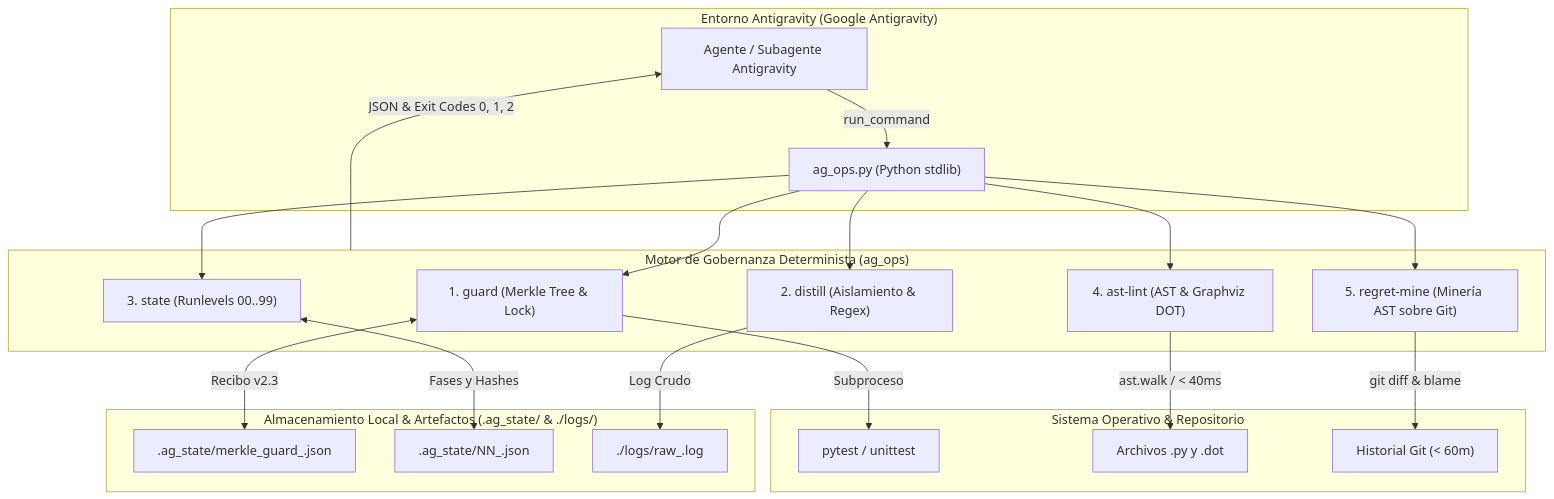
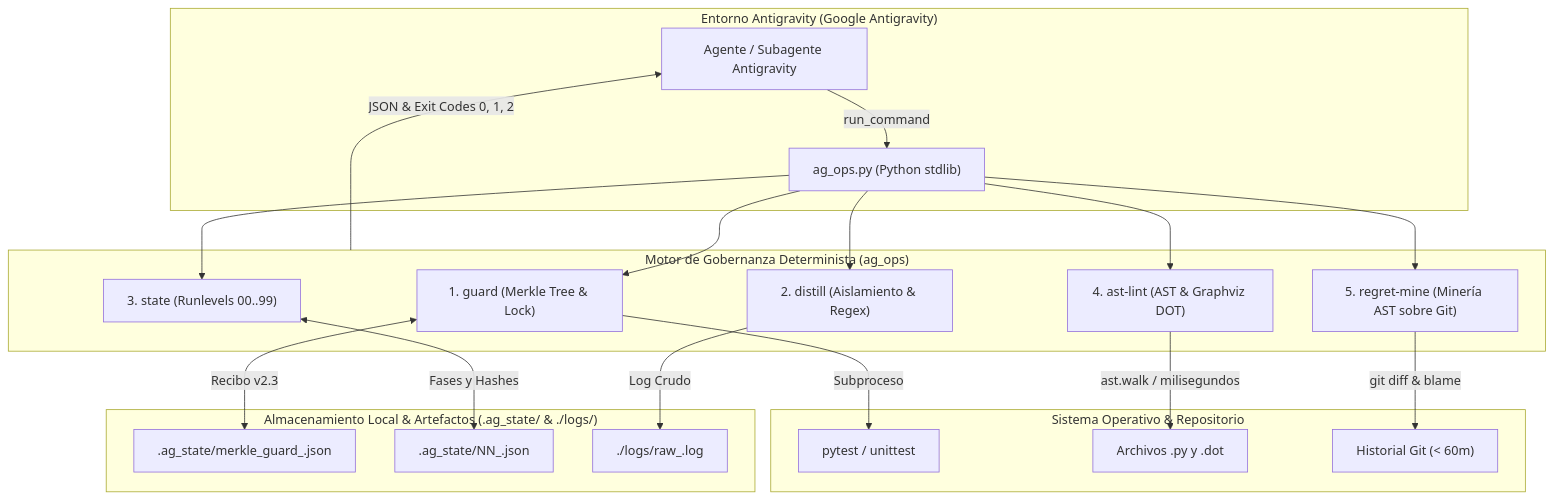
Before and after one commit to FranciscoGrandon/ag-ops: the diagram in README.md, drawn with Mermaid. The commit also changed other lines of this file and 1 other file, not shown here.

First line of the commit message:
docs: align threat model and README with benchmark escape vectors and v2.4 roadmap (#5)

````diff
--- a/README.md
+++ b/README.md
@@ -21,28 +21,28 @@
 ```mermaid
 flowchart TD
     subgraph AGY["Entorno Antigravity (Google Antigravity)"]
         Agent["Agente / Subagente Antigravity"] -->|run_command| CLI["ag_ops.py (Python stdlib)"]
     end
 
     subgraph Core["Motor de Gobernanza Determinista (ag_ops)"]
         CLI --> Guard["1. guard (Merkle Tree & Lock)"]
         CLI --> Distill["2. distill (Aislamiento & Regex)"]
         CLI --> State["3. state (Runlevels 00..99)"]
         CLI --> Lint["4. ast-lint (AST & Graphviz DOT)"]
         CLI --> Mine["5. regret-mine (Minería AST sobre Git)"]
     end
 
     subgraph Storage["Almacenamiento Local & Artefactos (.ag_state/ & ./logs/)"]
         Guard <-->|Recibo v2.3| Receipts[".ag_state/merkle_guard_<hash[:12]>.json"]
         State <-->|Fases y Hashes| StateFiles[".ag_state/NN_<slug>.json"]
         Distill -->|Log Crudo| RawLog["./logs/raw_<timestamp>.log"]
     end
 
     subgraph OS["Sistema Operativo & Repositorio"]
         Guard -->|Subproceso| TestRunner["pytest / unittest"]
-        Lint -->|ast.walk / < 40ms| Codebase["Archivos .py y .dot"]
+        Lint -->|ast.walk / milisegundos| Codebase["Archivos .py y .dot"]
         Mine -->|git diff & blame| GitHistory["Historial Git (< 60m)"]
     end
 
     Core -->|JSON & Exit Codes 0, 1, 2| Agent
 ```
````
